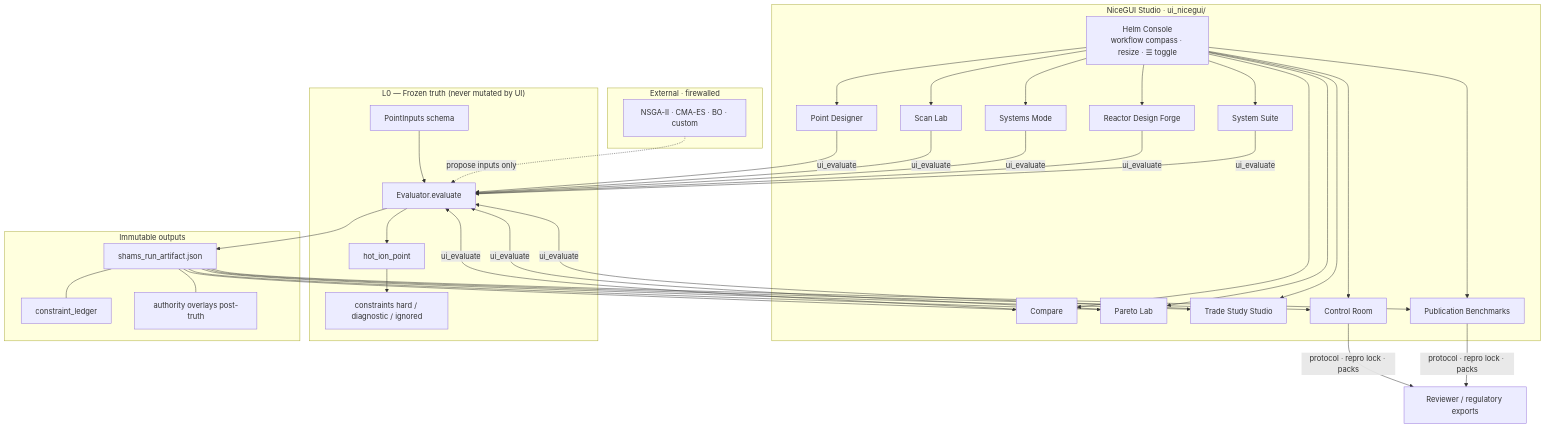
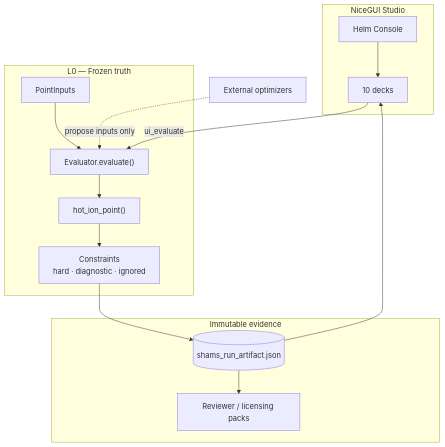
Before and after one commit to afshin-arj/SHAMS-0D-Tokamak-Design-Studio: the third of 6 diagrams in README.md, drawn with Mermaid. The commit also changed other lines of this file, not shown here.

First line of the commit message:
docs: refresh README with clearer diagrams and study workflow

````diff
--- a/README.md
+++ b/README.md
@@ -100,42 +107,27 @@
 ```mermaid
 flowchart TB
-  subgraph UI["NiceGUI Studio · ui_nicegui/"]
-    HC[Helm Console<br/>workflow compass · resize · ☰ toggle]
-    PD[Point Designer]
-    SL[Scan Lab]
-    SM[Systems Mode]
-    CP[Compare]
-    PL[Pareto Lab]
-    TS[Trade Study Studio]
-    RF[Reactor Design Forge]
-    PB[Publication Benchmarks]
-    SS[System Suite]
-    CR[Control Room]
-    HC --> PD & SL & SM & CP & PL & TS & RF & PB & SS & CR
+  subgraph Studio["NiceGUI Studio"]
+    Helm[Helm Console]
+    Decks[10 decks]
+    Helm --> Decks
   end
 
-  subgraph L0["L0 — Frozen truth (never mutated by UI)"]
-    SCH[PointInputs schema]
-    EV[Evaluator.evaluate]
-    HI[hot_ion_point]
-    CON[constraints hard / diagnostic / ignored]
-    SCH --> EV --> HI --> CON
+  subgraph L0["L0 — Frozen truth"]
+    PI[PointInputs]
+    EV["Evaluator.evaluate()"]
+    HI["hot_ion_point()"]
+    CON[Constraints<br/>hard · diagnostic · ignored]
+    PI --> EV --> HI --> CON
   end
 
-  subgraph OUT["Immutable outputs"]
-    ART[shams_run_artifact.json]
-    LED[constraint_ledger]
-    OVL[authority overlays post-truth]
-    ART --- LED & OVL
+  subgraph Out["Immutable evidence"]
+    ART[(shams_run_artifact.json)]
+    PACK[Reviewer / licensing packs]
   end
 
-  subgraph EXT["External · firewalled"]
-    OPT[NSGA-II · CMA-ES · BO · custom]
-    OPT -. propose inputs only .-> EV
-  end
-
-  PD & SL & SM & CP & PL & TS & RF & SS -->|ui_evaluate| EV
-  EV --> ART
-  ART --> CP & PL & TS & CR & PB
-  CR & PB -->|protocol · repro lock · packs| EXP[Reviewer / regulatory exports]
+  OPT[External optimizers] -. propose inputs only .-> EV
+  Decks -->|ui_evaluate| EV
+  CON --> ART
+  ART --> Decks
+  ART --> PACK
 ```
````
